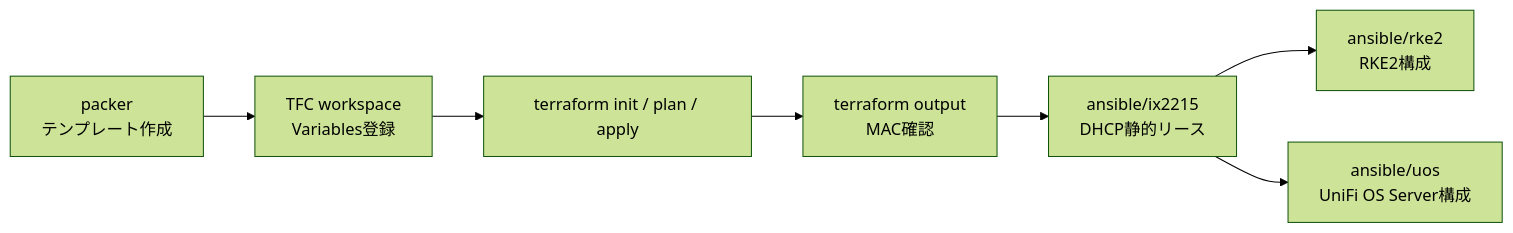
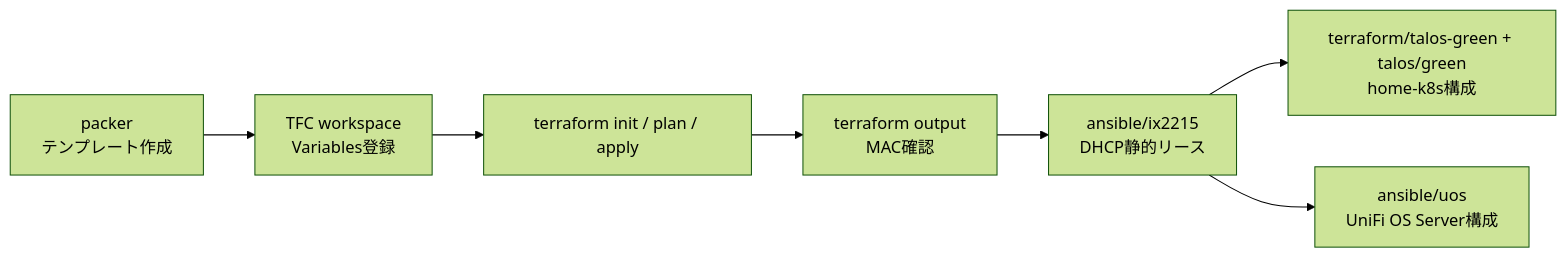
One commit to miutaku/my-infra changed the second of 2 diagrams in terraform/pve/README.md. Above: the diagram before and after it, drawn with Mermaid (forest theme). The commit also changed other lines of this file and 12 other files, not shown here.

````diff
--- a/terraform/pve/README.md
+++ b/terraform/pve/README.md
@@ -145,14 +145,14 @@
 ```mermaid
 flowchart LR
   Packer[packer<br/>テンプレート作成]
   Vars[TFC workspace<br/>Variables登録]
   Terraform[terraform init / plan / apply]
   Outputs[terraform output<br/>MAC確認]
   IX[ansible/ix2215<br/>DHCP静的リース]
-  RKE2[ansible/rke2<br/>RKE2構成]
+  HomeK8s[terraform/talos-green + talos/green<br/>home-k8s構成]
   UOS[ansible/uos<br/>UniFi OS Server構成]
 
   Packer --> Vars --> Terraform --> Outputs --> IX
-  IX --> RKE2
+  IX --> HomeK8s
   IX --> UOS
 ```
````
